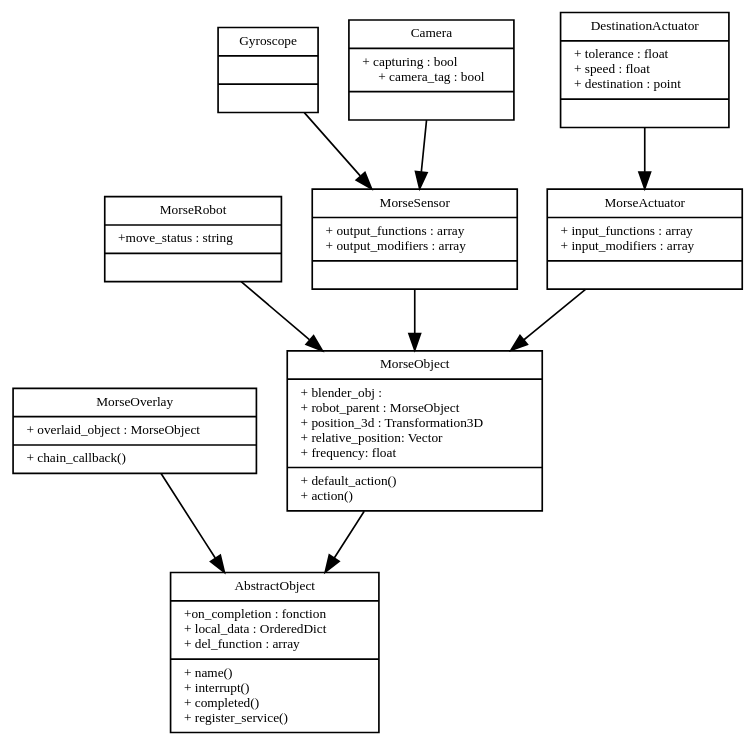
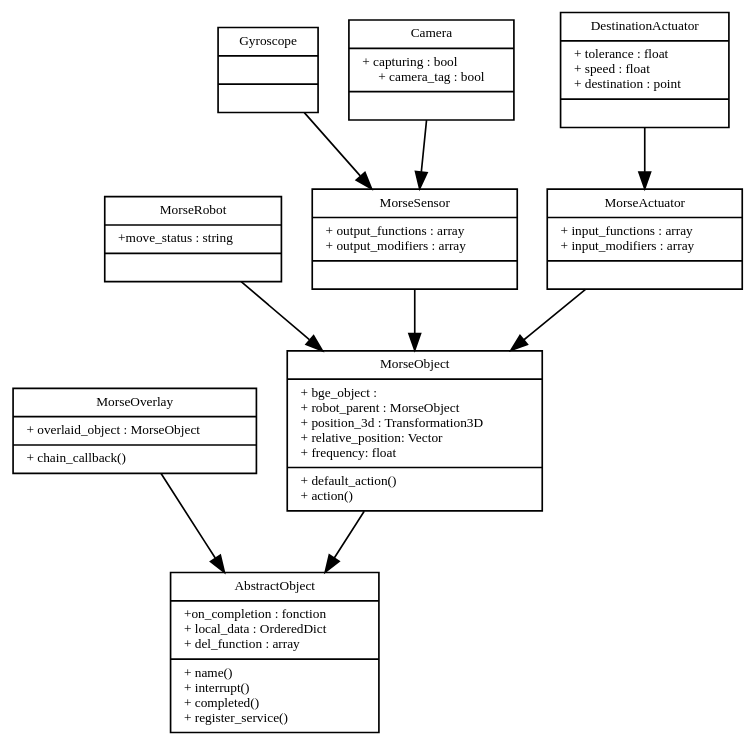
One commit to morse-simulator/morse changed the diagram in doc/morse/dev/morse_uml.dot. Above: the diagram before and after it, drawn with Graphviz. The commit also changed 79 other files, not shown here.

First line of the commit message:
[bge] rename blender_obj in bge_object

```diff
--- a/doc/morse/dev/morse_uml.dot
+++ b/doc/morse/dev/morse_uml.dot
@@ -1,64 +1,64 @@
 digraph G {
 	fontname = "Bitstream Vera Sans"
 	fontsize = 8
 	bgcolor="transparent"
 					    
 	node [
 		fontname = "Bitstream Vera Sans"
 		fontsize = 8
 		shape = "record"
 		fillcolor="white"
 		style="filled"
 	]
 
 	edge [
 		fontname = "Bitstream Vera Sans"
 		fontsize = 8
 		color="black"
 	]
 
 	AbstractObject [
 		label = "{AbstractObject |+on_completion : fonction\l+ local_data : OrderedDict\l+ del_function : array\l|+ name()\l+ interrupt()\l+ completed()\l+ register_service()\l }"
 	]
 
 	MorseOverlay [
 		label = "{MorseOverlay | + overlaid_object : MorseObject\l| + chain_callback()\l}"
 	]
 
 	MorseObject [
-		label = "{MorseObject | + blender_obj :\l+ robot_parent : MorseObject\l+ position_3d : Transformation3D\l+ relative_position: Vector\l+ frequency: float\l|+ default_action()\l+ action()\l }"
+		label = "{MorseObject | + bge_object :\l+ robot_parent : MorseObject\l+ position_3d : Transformation3D\l+ relative_position: Vector\l+ frequency: float\l|+ default_action()\l+ action()\l }"
 	]
 
 	MorseRobot [
 		label = "{MorseRobot | +move_status : string\l| }"
 	]
 
 	MorseSensor [
 		label = "{MorseSensor | + output_functions : array\l+ output_modifiers : array\l |}"
 	]
 
 	MorseActuator [
 		label = "{MorseActuator | + input_functions : array\l+ input_modifiers : array\l |}"
 	]
 
 	Gyroscope [
 		label = "{Gyroscope || }"
 	]
 
 	Camera [
 		label = "{Camera |+ capturing : bool\l+ camera_tag : bool | }"
 	]
 
 	DestinationActuator [
 		label = "{DestinationActuator | + tolerance : float\l+ speed : float\l+ destination : point\l | }"
 	]
 
 	MorseObject -> AbstractObject
 	MorseOverlay -> AbstractObject
 	MorseRobot -> MorseObject
 	MorseSensor -> MorseObject
 	MorseActuator -> MorseObject
 	Gyroscope -> MorseSensor
 	Camera -> MorseSensor
 	DestinationActuator -> MorseActuator
 }
```
